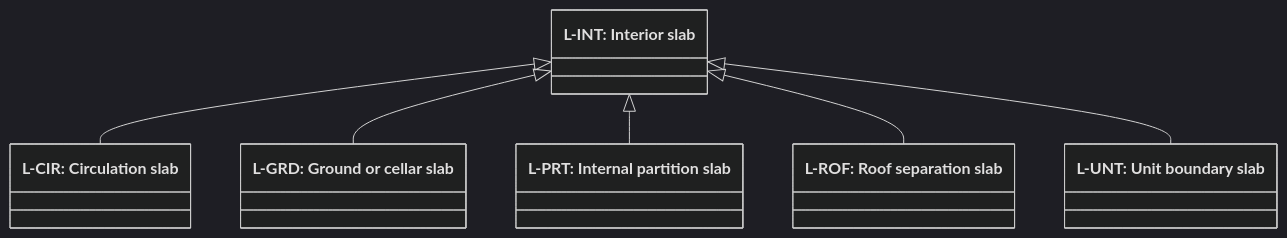
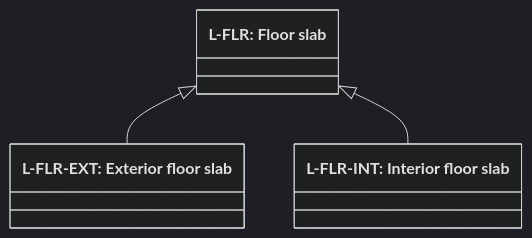
Before and after one commit to simondilhas/pragmatic-bim-data-contract: the diagram in site/.md-src/classification/separator-slab-role.md, drawn with Mermaid (dark theme). The commit also changed other lines of this file and 11 other files, not shown here.

First line of the commit message:
Refactor classification schemas for slabs and walls to enhance clarity and structure

````diff
--- a/site/.md-src/classification/separator-slab-role.md
+++ b/site/.md-src/classification/separator-slab-role.md
@@ -15,15 +15,9 @@
 ```mermaid
 classDiagram
 direction TB
-class n_L_CIR["L-CIR: Circulation slab"]
-class n_L_GRD["L-GRD: Ground or cellar slab"]
-class n_L_INT["L-INT: Interior slab"]
-class n_L_PRT["L-PRT: Internal partition slab"]
-class n_L_ROF["L-ROF: Roof separation slab"]
-class n_L_UNT["L-UNT: Unit boundary slab"]
-n_L_INT <|-- n_L_CIR
-n_L_INT <|-- n_L_GRD
-n_L_INT <|-- n_L_PRT
-n_L_INT <|-- n_L_ROF
-n_L_INT <|-- n_L_UNT
+class n_L_FLR["L-FLR: Floor slab"]
+class n_L_FLR_EXT["L-FLR-EXT: Exterior floor slab"]
+class n_L_FLR_INT["L-FLR-INT: Interior floor slab"]
+n_L_FLR <|-- n_L_FLR_EXT
+n_L_FLR <|-- n_L_FLR_INT
 ```
````
